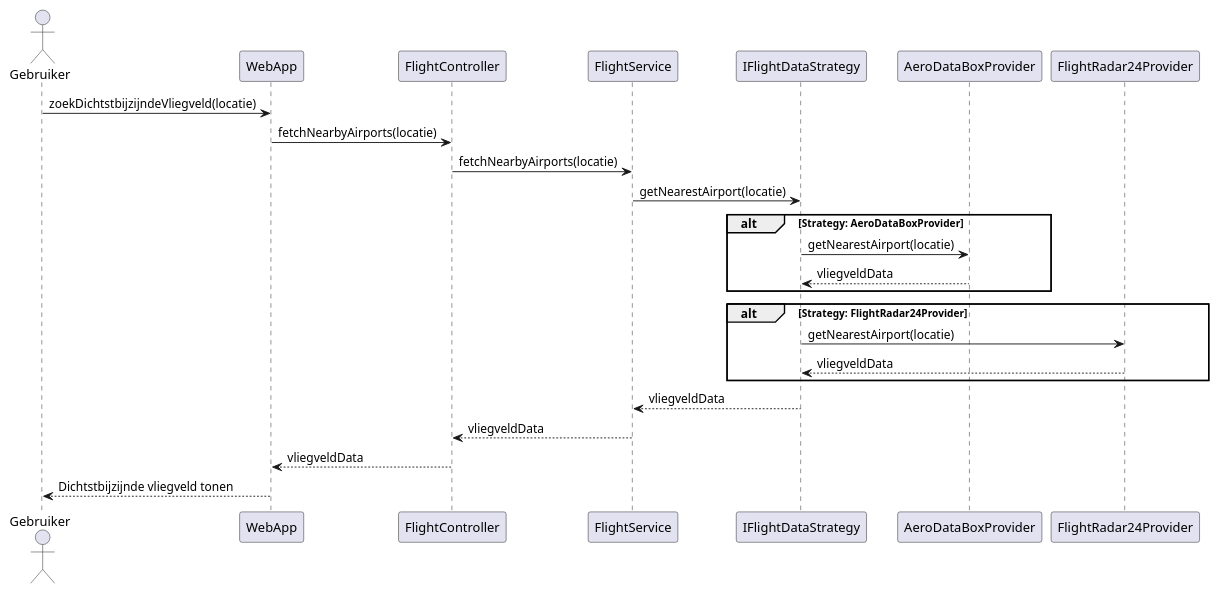
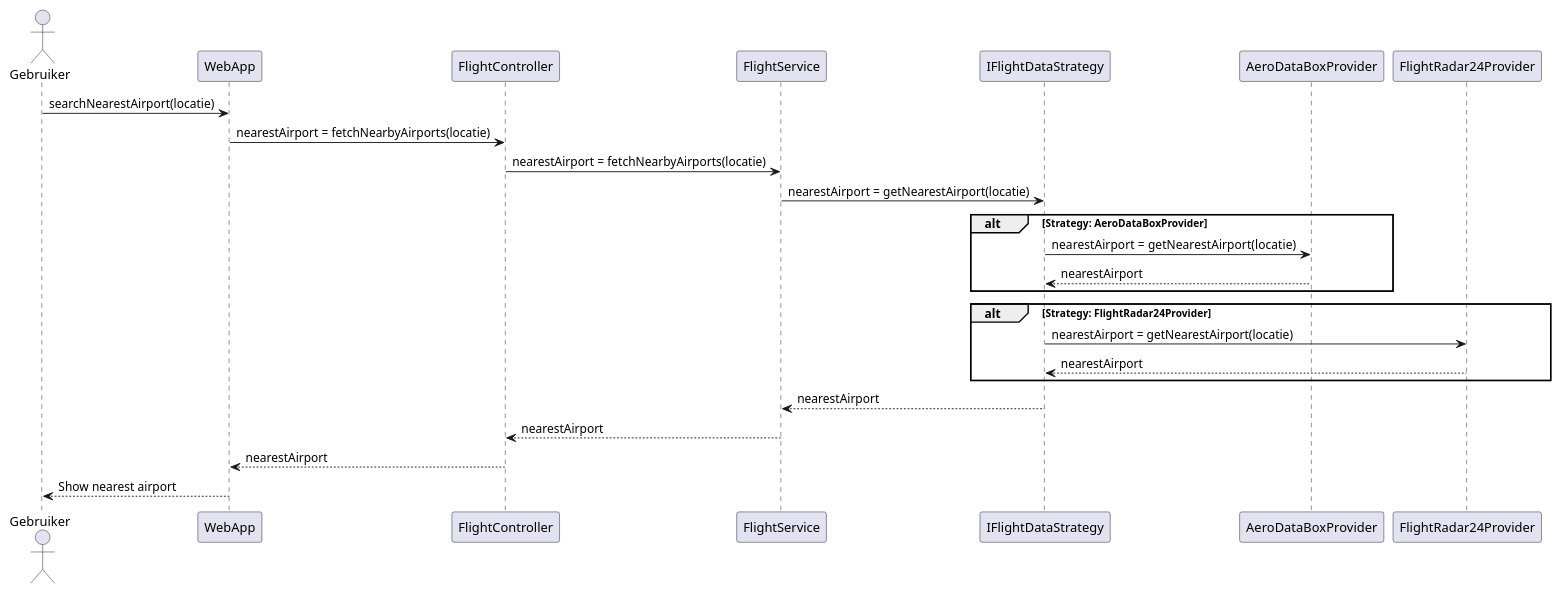
Before and after one commit to AIM-ENE-feb25/triptop-groep-b2: the diagram in diagrammen/sequenceDiagramFindNearestAirport.puml, drawn with PlantUML. The commit also changed 2 other files, not shown here.

```diff
--- a/diagrammen/sequenceDiagramFindNearestAirport.puml
+++ b/diagrammen/sequenceDiagramFindNearestAirport.puml
@@ -1,29 +1,29 @@
 @startuml
 actor Gebruiker
 participant WebApp
 participant FlightController
 participant FlightService
 participant IFlightDataStrategy
 participant AeroDataBoxProvider
 participant FlightRadar24Provider
 
-Gebruiker -> WebApp : zoekDichtstbijzijndeVliegveld(locatie)
-WebApp -> FlightController : fetchNearbyAirports(locatie)
-FlightController -> FlightService : fetchNearbyAirports(locatie)
-FlightService -> IFlightDataStrategy : getNearestAirport(locatie)
+Gebruiker -> WebApp : searchNearestAirport(locatie)
+WebApp -> FlightController : nearestAirport = fetchNearbyAirports(locatie)
+FlightController -> FlightService : nearestAirport = fetchNearbyAirports(locatie)
+FlightService -> IFlightDataStrategy : nearestAirport = getNearestAirport(locatie)
 
 alt Strategy: AeroDataBoxProvider
-    IFlightDataStrategy -> AeroDataBoxProvider : getNearestAirport(locatie)
-    AeroDataBoxProvider --> IFlightDataStrategy : vliegveldData
+    IFlightDataStrategy -> AeroDataBoxProvider :nearestAirport =  getNearestAirport(locatie)
+    AeroDataBoxProvider --> IFlightDataStrategy : nearestAirport
 end
 
 alt Strategy: FlightRadar24Provider
-    IFlightDataStrategy -> FlightRadar24Provider : getNearestAirport(locatie)
-    FlightRadar24Provider --> IFlightDataStrategy : vliegveldData
+    IFlightDataStrategy -> FlightRadar24Provider : nearestAirport = getNearestAirport(locatie)
+    FlightRadar24Provider --> IFlightDataStrategy : nearestAirport
 end
 
-IFlightDataStrategy --> FlightService : vliegveldData
-FlightService --> FlightController : vliegveldData
-FlightController --> WebApp : vliegveldData
-WebApp --> Gebruiker : Dichtstbijzijnde vliegveld tonen
+IFlightDataStrategy --> FlightService : nearestAirport
+FlightService --> FlightController : nearestAirport
+FlightController --> WebApp : nearestAirport
+WebApp --> Gebruiker : Show nearest airport
 @enduml
```
